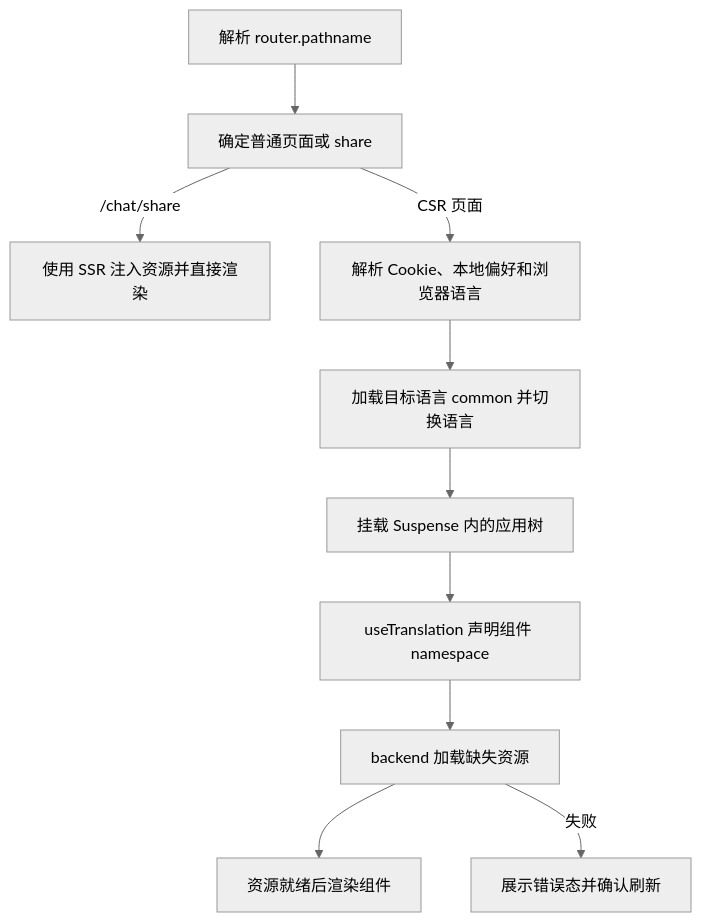
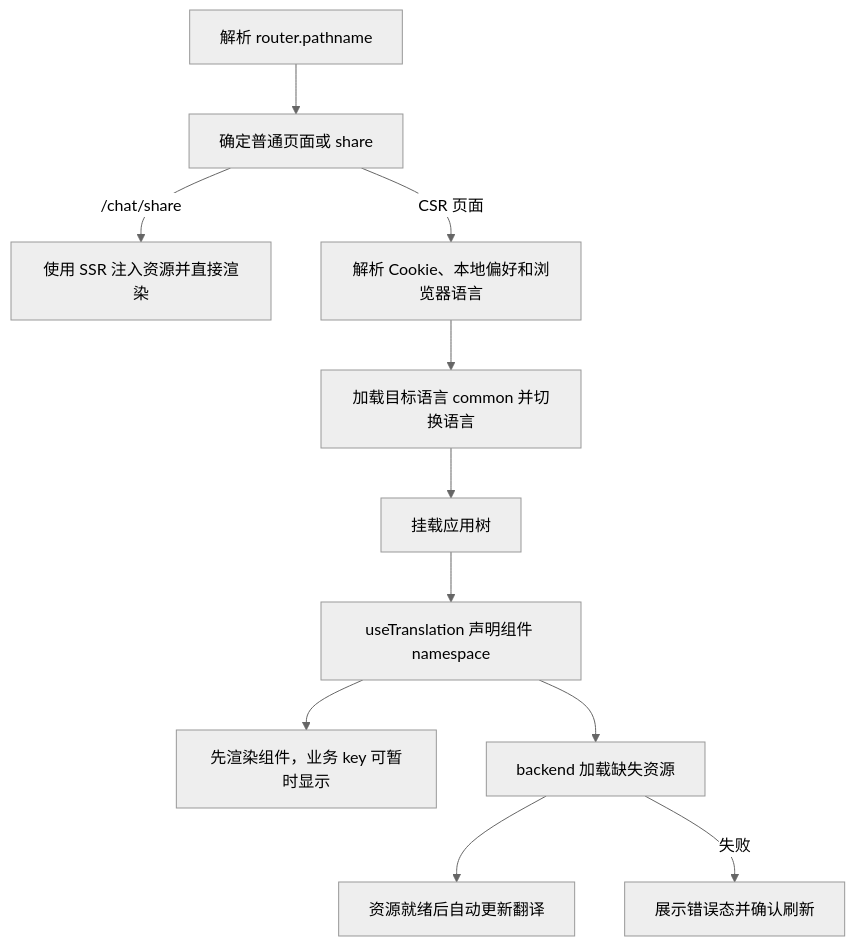
The diagram in .agents/design/common/client-i18n-csr-migration.md (labring/FastGPT), drawn with Mermaid (neutral theme) before and after one commit. The commit also changed other lines of this file and 5 other files, not shown here.

````diff
--- a/.agents/design/common/client-i18n-csr-migration.md
+++ b/.agents/design/common/client-i18n-csr-migration.md
@@ -282,12 +282,13 @@
 ```mermaid
 flowchart TD
   A["解析 router.pathname"] --> B["确定普通页面或 share"]
   B -->|"/chat/share"| C["使用 SSR 注入资源并直接渲染"]
   B -->|"CSR 页面"| D["解析 Cookie、本地偏好和浏览器语言"]
   D --> E["加载目标语言 common 并切换语言"]
-  E --> F["挂载 Suspense 内的应用树"]
+  E --> F["挂载应用树"]
   F --> G["useTranslation 声明组件 namespace"]
-  G --> H["backend 加载缺失资源"]
-  H --> I["资源就绪后渲染组件"]
-  H -->|"失败"| J["展示错误态并确认刷新"]
+  G --> H["先渲染组件，业务 key 可暂时显示"]
+  G --> I["backend 加载缺失资源"]
+  I --> J["资源就绪后自动更新翻译"]
+  I -->|"失败"| K["展示错误态并确认刷新"]
 ```
````
